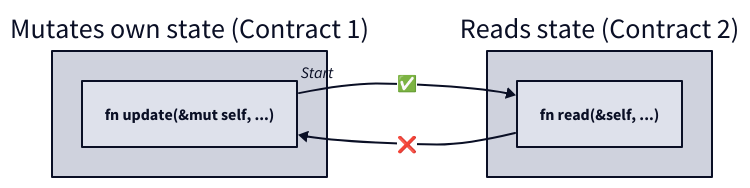
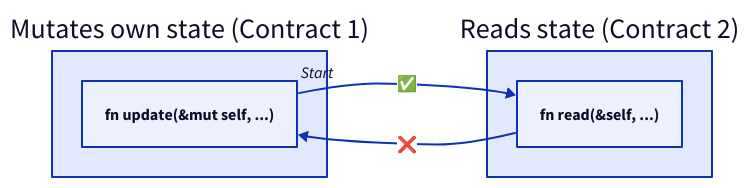
Before and after one commit to nazar-pc/abundance: the third of 3 diagrams in website/book/src/Execution_environment/Contracts_overview.md, drawn with D2. The commit also changed other lines of this file and 3 other files, not shown here.

````diff
--- a/website/book/src/Execution_environment/Contracts_overview.md
+++ b/website/book/src/Execution_environment/Contracts_overview.md
@@ -202,31 +198,29 @@
 ```d2
 vars: {
     d2-config: {
         pad: 0
-        theme-id: 1
-        dark-theme-id: 200
         theme-overrides: {
             N7: transparent
         }
         dark-theme-overrides: {
             N7: transparent
         }
     }
 }
 
 direction: right
 
 Mutates: Mutates own state (Contract 1) {
     update: fn update(&mut self, ...)
 }
 
 Reads: Reads state (Contract 2) {
     read: fn read(&self, ...)
 }
 
 Mutates.update -> Reads.read: ✅ {
     source-arrowhead: Start
 }
 Reads.read -> Mutates.update: ❌
 
 ```
````
